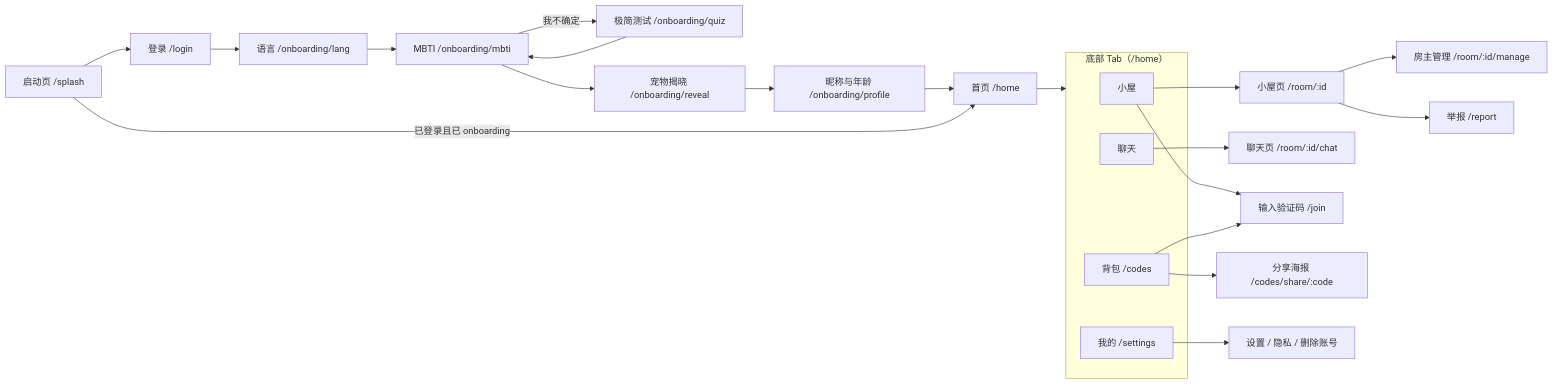
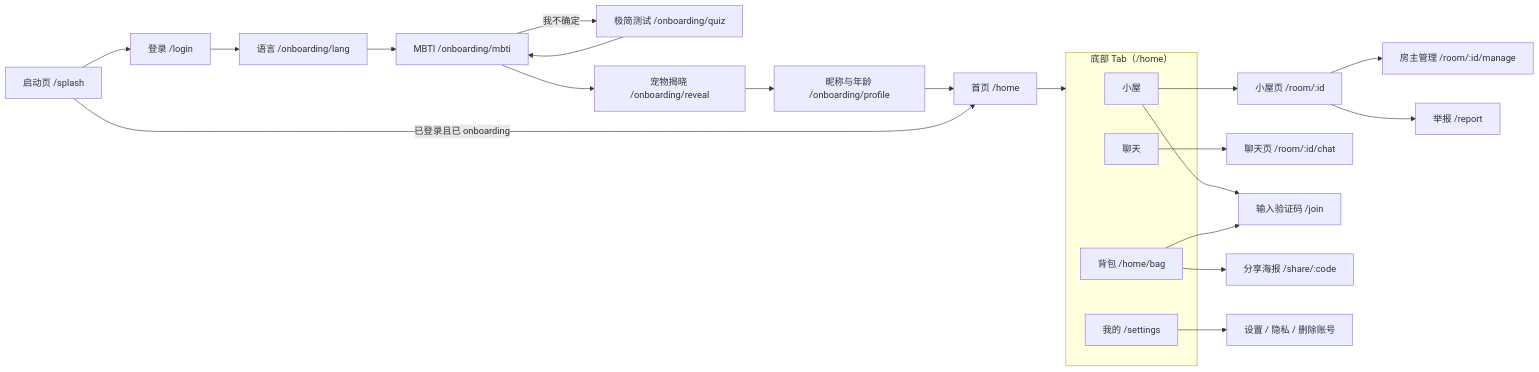
One commit to jinheng0301/PetBridge_frontend changed the sixth of 6 diagrams in 前端技术设计文档（TRD）：PetBridge（Flutter）.md. Above: the diagram before and after it, drawn with Mermaid. The commit also changed other lines of this file and 1 other file, not shown here.

````diff
--- a/前端技术设计文档（TRD）：PetBridge（Flutter）.md
+++ b/前端技术设计文档（TRD）：PetBridge（Flutter）.md
@@ -592,28 +595,28 @@
 ```mermaid
 flowchart LR
     Splash["启动页 /splash"] --> Login["登录 /login"]
     Login --> OnbLang["语言 /onboarding/lang"]
     OnbLang --> OnbMbti["MBTI /onboarding/mbti"]
     OnbMbti -->|"我不确定"| OnbQuiz["极简测试 /onboarding/quiz"]
     OnbQuiz --> OnbMbti
     OnbMbti --> Reveal["宠物揭晓 /onboarding/reveal"]
     Reveal --> Profile["昵称与年龄 /onboarding/profile"]
     Profile --> Home["首页 /home"]
     Splash -->|"已登录且已 onboarding"| Home
 
     subgraph Tabs["底部 Tab（/home）"]
         TabRoom["小屋"]
         TabChat["聊天"]
-        TabCodes["背包 /codes"]
+        TabCodes["背包 /home/bag"]
         TabMe["我的 /settings"]
     end
     Home --> Tabs
     TabRoom --> Room["小屋页 /room/:id"]
     TabChat --> Chat["聊天页 /room/:id/chat"]
     Room --> Manage["房主管理 /room/:id/manage"]
     Room --> Report["举报 /report"]
     TabRoom --> Join["输入验证码 /join"]
-    TabCodes --> Share["分享海报 /codes/share/:code"]
+    TabCodes --> Share["分享海报 /share/:code"]
     TabCodes --> Join
     TabMe --> Settings["设置 / 隐私 / 删除账号"]
 ```
````
